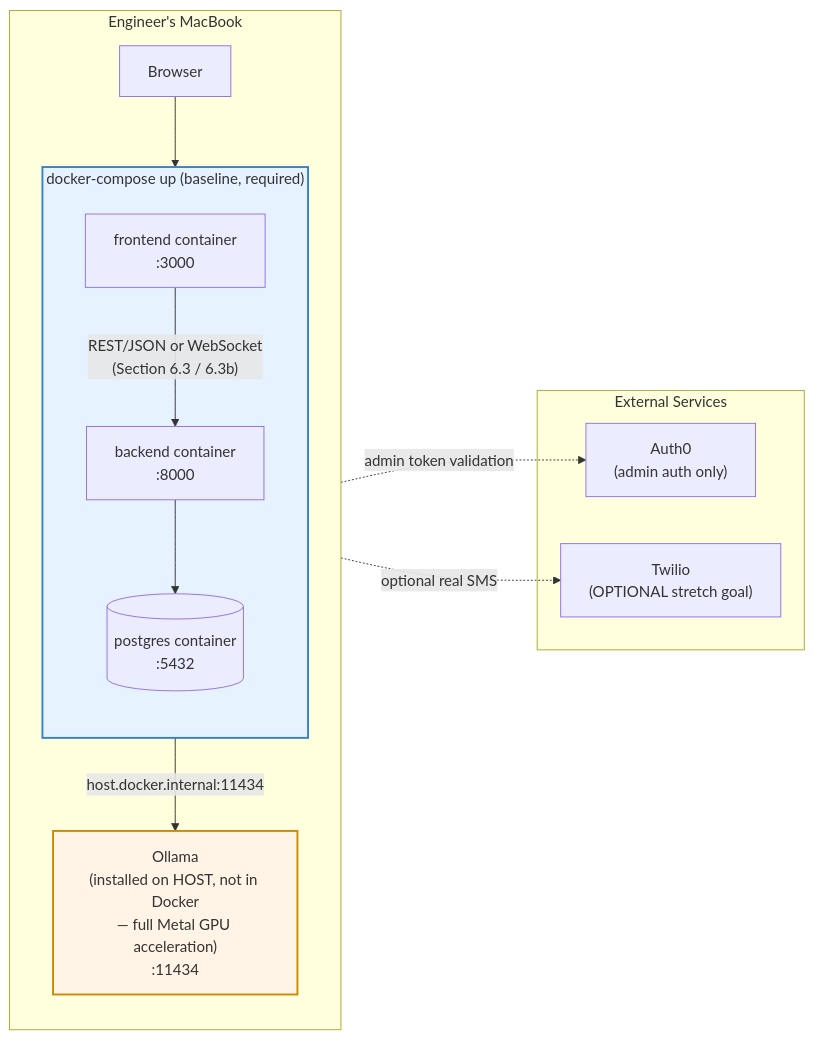
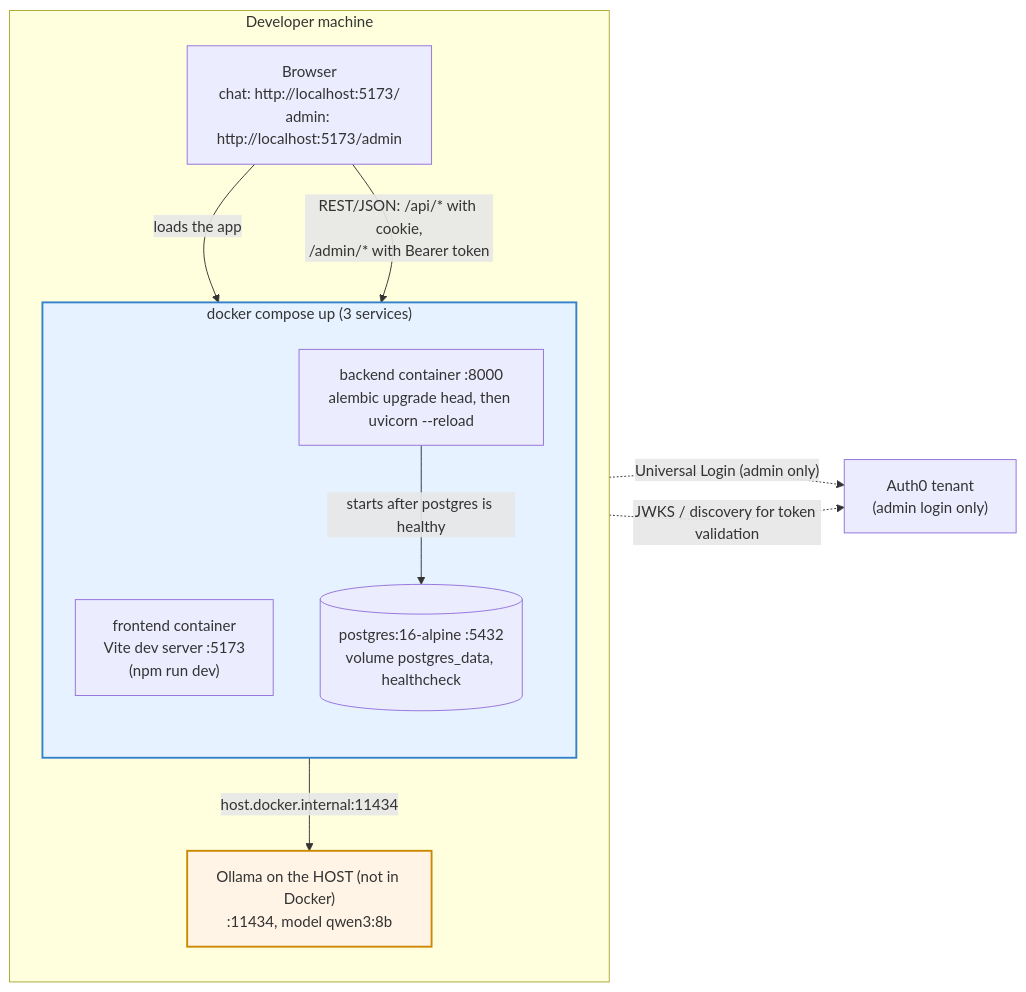
Before and after one commit to Vladimir86ns/secureship: the diagram in docs/diagrams/07-deployment-topology.md, drawn with Mermaid. The commit also changed other lines of this file and 10 other files, not shown here.

Commit message:
Week 5: diagrams regenerated against the implementation, final README

````diff
--- a/docs/diagrams/07-deployment-topology.md
+++ b/docs/diagrams/07-deployment-topology.md
@@ -5,31 +9,28 @@
 ```mermaid
 flowchart LR
-    subgraph DevMachine["Engineer's MacBook"]
+    subgraph DevMachine["Developer machine"]
         direction TB
 
-        subgraph Compose["docker-compose up (baseline, required)"]
+        subgraph Compose["docker compose up (3 services)"]
             direction TB
-            ReactC["frontend container<br/>:3000"]
-            PyC["backend container<br/>:8000"]
-            PgC[("postgres container<br/>:5432")]
+            FE["frontend container<br/>Vite dev server :5173<br/>(npm run dev)"]
+            BE["backend container :8000<br/>alembic upgrade head, then uvicorn --reload"]
+            PG[("postgres:16-alpine :5432<br/>volume postgres_data, healthcheck")]
         end
 
-        Browser[Browser]
-        OllamaHost["Ollama<br/>(installed on HOST, not in Docker<br/>— full Metal GPU acceleration)<br/>:11434"]
+        Browser["Browser<br/>chat: http://localhost:5173/<br/>admin: http://localhost:5173/admin"]
+        OllamaHost["Ollama on the HOST (not in Docker)<br/>:11434, model qwen3:8b"]
     end
 
-    subgraph Cloud["External Services"]
-        AuthProvider["Auth0<br/>(admin auth only)"]
-        TwilioOpt["Twilio<br/>(OPTIONAL stretch goal)"]
-    end
+    Auth0["Auth0 tenant<br/>(admin login only)"]
 
-    Browser --> ReactC
-    ReactC -->|"REST/JSON or WebSocket<br/>(Section 6.3 / 6.3b)"| PyC
-    PyC -->|"host.docker.internal:11434"| OllamaHost
-    PyC --> PgC
-    PyC -.->|"admin token validation"| AuthProvider
-    PyC -.->|"optional real SMS"| TwilioOpt
+    Browser -->|"loads the app"| FE
+    Browser -->|"REST/JSON: /api/* with cookie,<br/>/admin/* with Bearer token"| BE
+    BE -->|"host.docker.internal:11434"| OllamaHost
+    BE -->|"starts after postgres is healthy"| PG
+    Browser -.->|"Universal Login (admin only)"| Auth0
+    BE -.->|"JWKS / discovery for token validation"| Auth0
 
     style Compose fill:#e6f2ff,stroke:#3380cc,stroke-width:2px
     style OllamaHost fill:#fff4e6,stroke:#cc8800,stroke-width:2px
 ```
````
